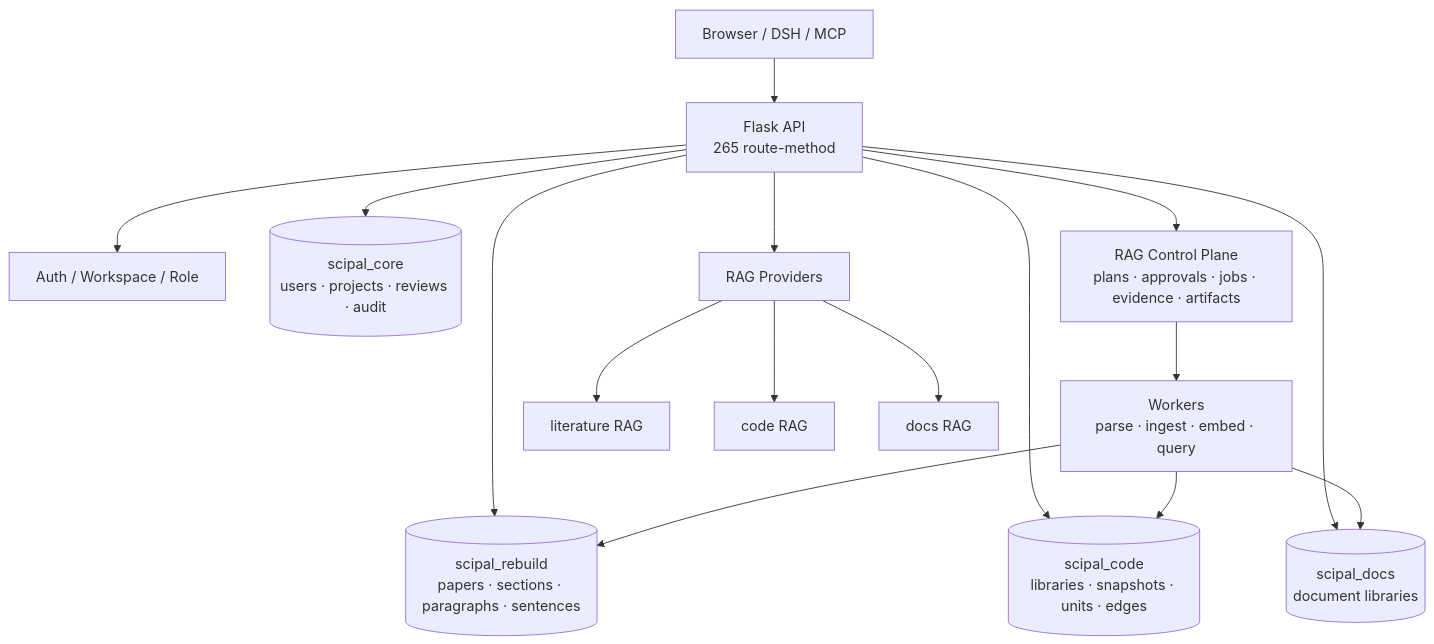
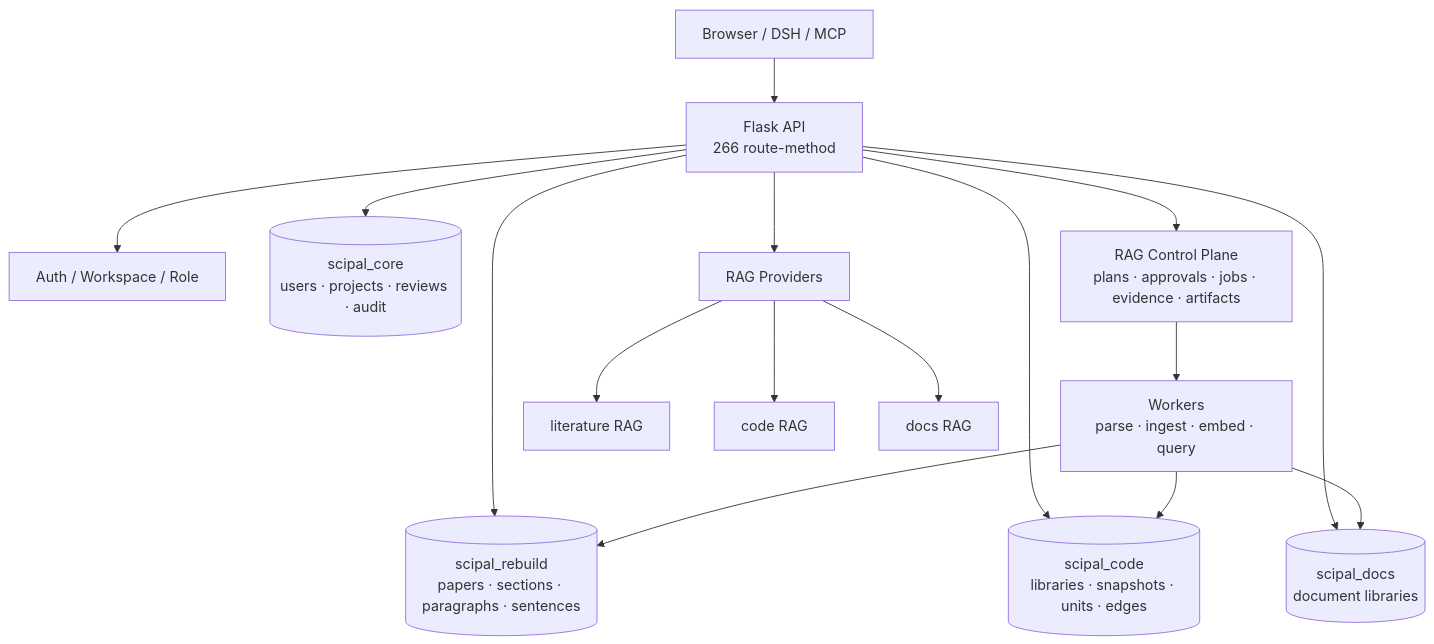
One commit to williamchen520/sci-pal changed the first of 2 diagrams in README.md. Above: the diagram before and after it, drawn with Mermaid. The commit also changed other lines of this file and 11 other files, not shown here.

Commit message:
feat: add paper data flow

````diff
--- a/README.md
+++ b/README.md
@@ -77,20 +77,20 @@
 ```mermaid
 flowchart TB
-    U["Browser / DSH / MCP"] --> API["Flask API<br/>265 route-method"]
+    U["Browser / DSH / MCP"] --> API["Flask API<br/>266 route-method"]
     API --> AUTH["Auth / Workspace / Role"]
     API --> CORE[("scipal_core<br/>users · projects · reviews · audit")]
     API --> CORPUS[("scipal_rebuild<br/>papers · sections · paragraphs · sentences")]
     API --> CODE[("scipal_code<br/>libraries · snapshots · units · edges")]
     API --> DOCS[("scipal_docs<br/>document libraries")]
 
     API --> CP["RAG Control Plane<br/>plans · approvals · jobs · evidence · artifacts"]
     CP --> WORKER["Workers<br/>parse · ingest · embed · query"]
     WORKER --> CORPUS
     WORKER --> CODE
     WORKER --> DOCS
 
     API --> PROV["RAG Providers"]
     PROV --> LIT["literature RAG"]
     PROV --> CRAG["code RAG"]
     PROV --> DRAG["docs RAG"]
 ```
````
